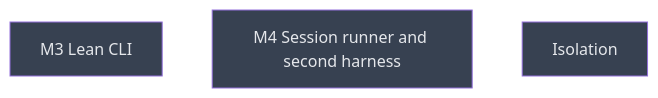
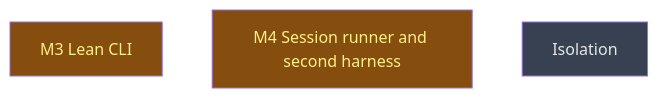
Before and after one commit to CrackingShells/Candler: the diagram in __roadmap__/candler-v1/contracts/parity/alignment/surfaces/README.md, drawn with Mermaid. The commit also changed other lines of this file and 19 other files, not shown here.

First line of the commit message:
rdm(cli): plan the m3-lean-cli milestone

````diff
--- a/__roadmap__/candler-v1/contracts/parity/alignment/surfaces/README.md
+++ b/__roadmap__/candler-v1/contracts/parity/alignment/surfaces/README.md
@@ -17,11 +17,11 @@
 ```mermaid
 graph TD
-    m3_lean_cli[M3 Lean CLI]:::planned
-    m4_session_runner[M4 Session runner and second harness]:::planned
+    m3_lean_cli[M3 Lean CLI]:::inprogress
+    m4_session_runner[M4 Session runner and second harness]:::inprogress
     isolation[Isolation]:::planned
     classDef done       fill:#166534,color:#bbf7d0
     classDef inprogress fill:#854d0e,color:#fef08a
     classDef planned    fill:#374151,color:#e5e7eb
     classDef amendment  fill:#1e3a5f,color:#bfdbfe
     classDef blocked    fill:#7f1d1d,color:#fecaca
 ```
````
